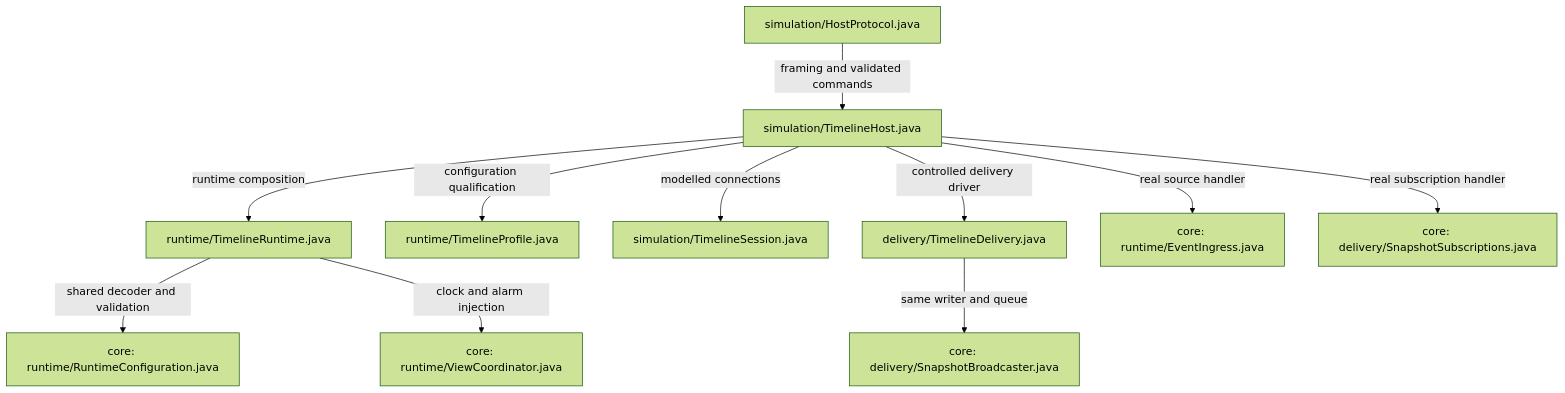
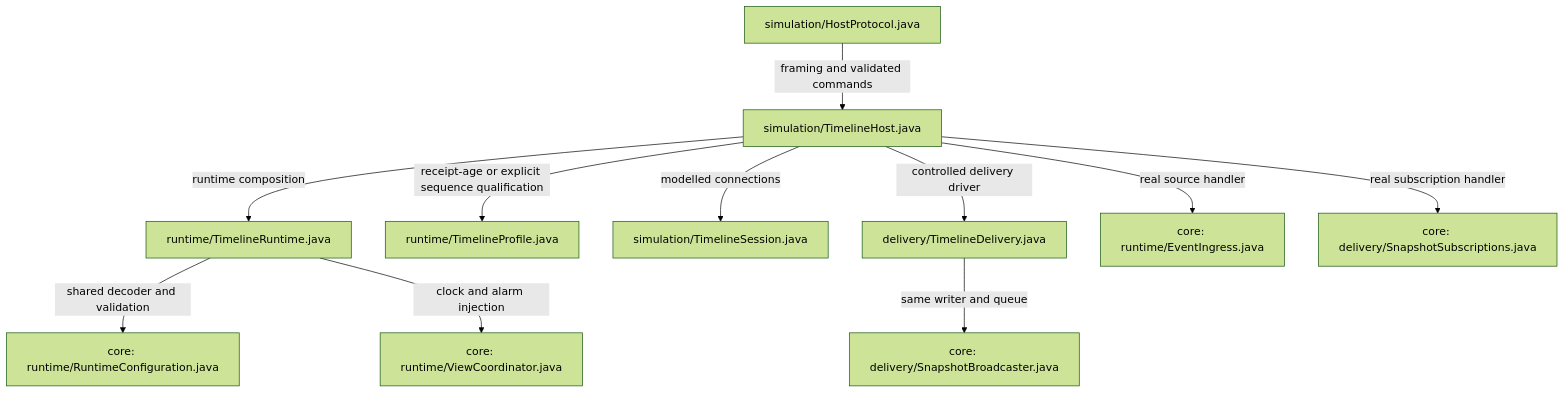
One commit to sproates/zooglass changed diagram 15 of 18 in zooglass/docs/source-map.md. Above: the diagram before and after it, drawn with Mermaid (forest theme). The commit also changed 26 other files, not shown here.

Commit message:
Add bounded memory sequence profile to timeline host

````diff
--- a/zooglass/docs/source-map.md
+++ b/zooglass/docs/source-map.md
@@ -490,13 +490,13 @@
 ```mermaid
 flowchart TB
   protocol["simulation/HostProtocol.java"] -->|framing and validated commands| host["simulation/TimelineHost.java"]
   host -->|runtime composition| runtime["runtime/TimelineRuntime.java"]
-  host -->|configuration qualification| profile["runtime/TimelineProfile.java"]
+  host -->|receipt-age or explicit sequence qualification| profile["runtime/TimelineProfile.java"]
   host -->|modelled connections| session["simulation/TimelineSession.java"]
   host -->|controlled delivery driver| driver["delivery/TimelineDelivery.java"]
   host -->|real source handler| ingress["core: runtime/EventIngress.java"]
   host -->|real subscription handler| subscriptions["core: delivery/SnapshotSubscriptions.java"]
   runtime -->|shared decoder and validation| configuration["core: runtime/RuntimeConfiguration.java"]
   runtime -->|clock and alarm injection| coordinator["core: runtime/ViewCoordinator.java"]
   driver -->|same writer and queue| broadcaster["core: delivery/SnapshotBroadcaster.java"]
 ```
````
